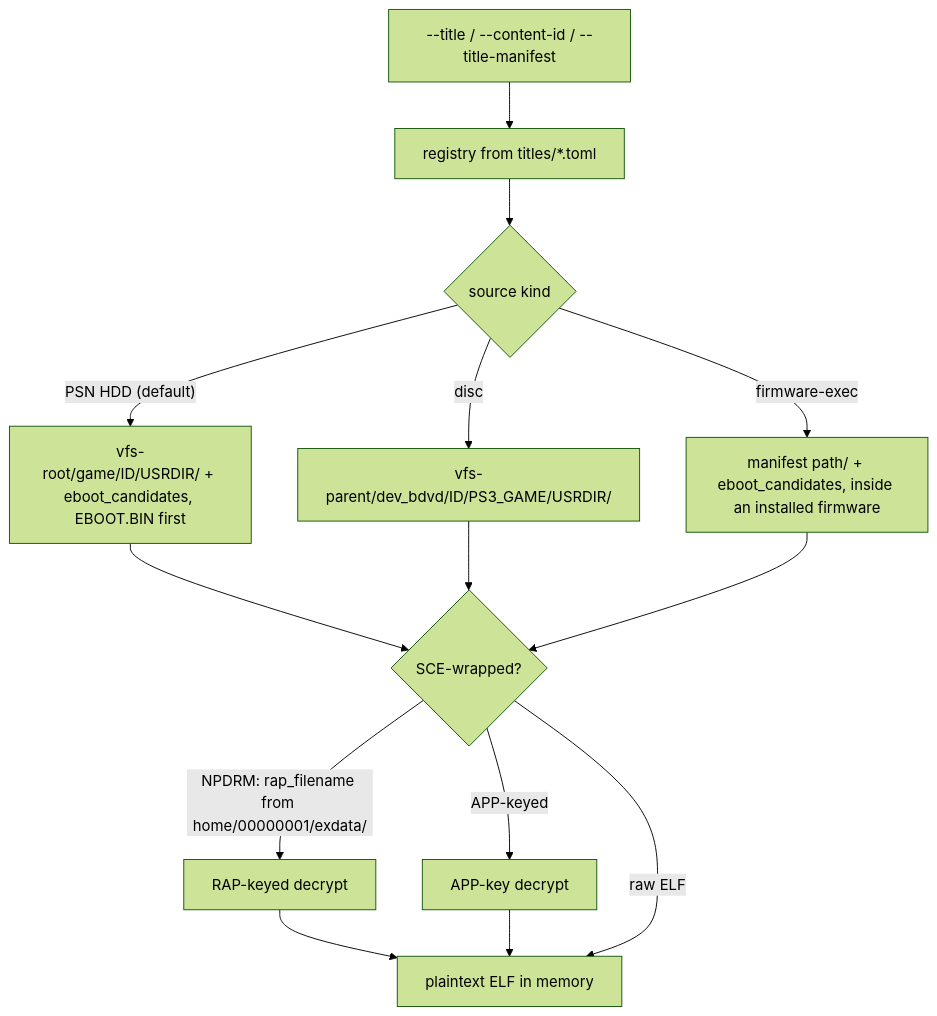
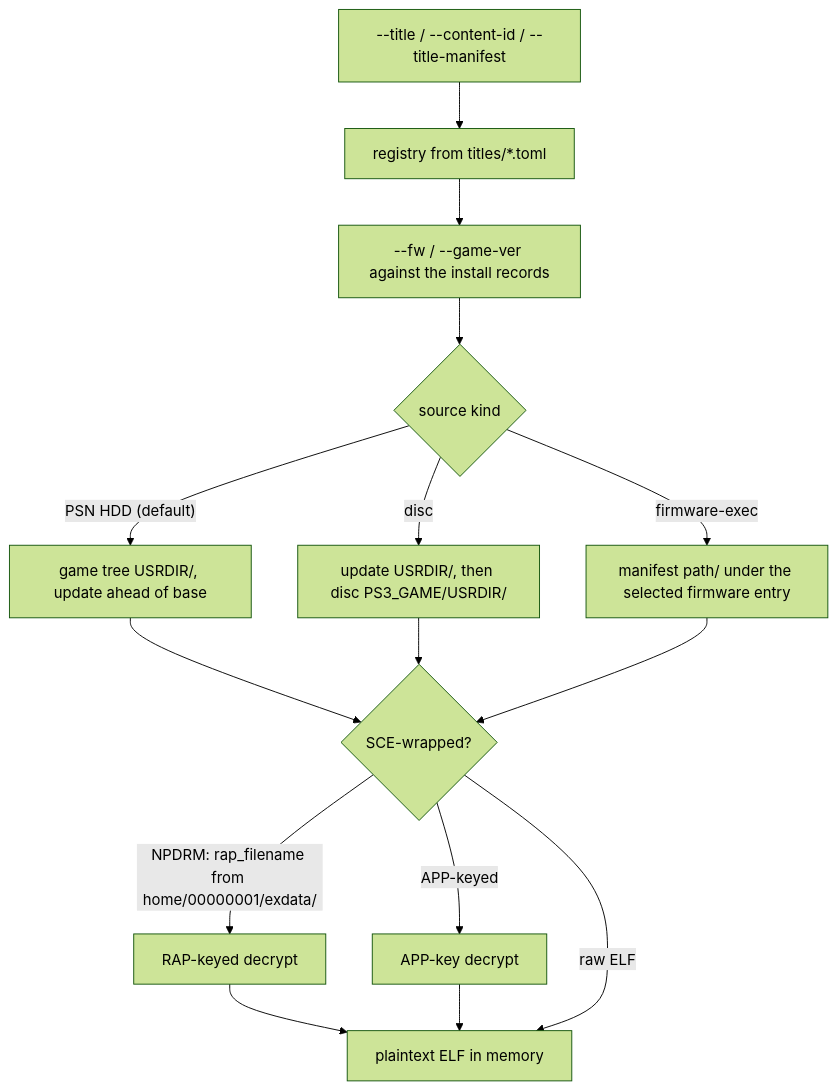
The second of 2 diagrams in docs/architecture/title_harness.md (RoyalAce22/CellGov), drawn with Mermaid (forest theme) before and after one commit. The commit also changed other lines of this file and 31 other files, not shown here.

Commit message:
feat(cli): store-driven boot composition with --fw and --game-ver selection

````diff
--- a/docs/architecture/title_harness.md
+++ b/docs/architecture/title_harness.md
@@ -117,14 +163,15 @@
 ```mermaid
 flowchart TD
   sel["--title / --content-id / --title-manifest"] --> reg["registry from titles/*.toml"]
-  reg --> kind{"source kind"}
-  kind -->|"PSN HDD (default)"| hdd["vfs-root/game/ID/USRDIR/ + eboot_candidates, EBOOT.BIN first"]
-  kind -->|disc| bd["vfs-parent/dev_bdvd/ID/PS3_GAME/USRDIR/"]
-  kind -->|firmware-exec| vsh["manifest path/ + eboot_candidates, inside an installed firmware"]
+  reg --> ver["--fw / --game-ver against the install records"]
+  ver --> kind{"source kind"}
+  kind -->|"PSN HDD (default)"| hdd["game tree USRDIR/, update ahead of base"]
+  kind -->|disc| bd["update USRDIR/, then disc PS3_GAME/USRDIR/"]
+  kind -->|firmware-exec| vsh["manifest path/ under the selected firmware entry"]
   hdd --> sce{"SCE-wrapped?"}
   bd --> sce
   vsh --> sce
   sce -->|"NPDRM: rap_filename from home/00000001/exdata/"| rap["RAP-keyed decrypt"] --> elf
   sce -->|APP-keyed| app["APP-key decrypt"] --> elf["plaintext ELF in memory"]
   sce -->|raw ELF| elf
 ```
````
